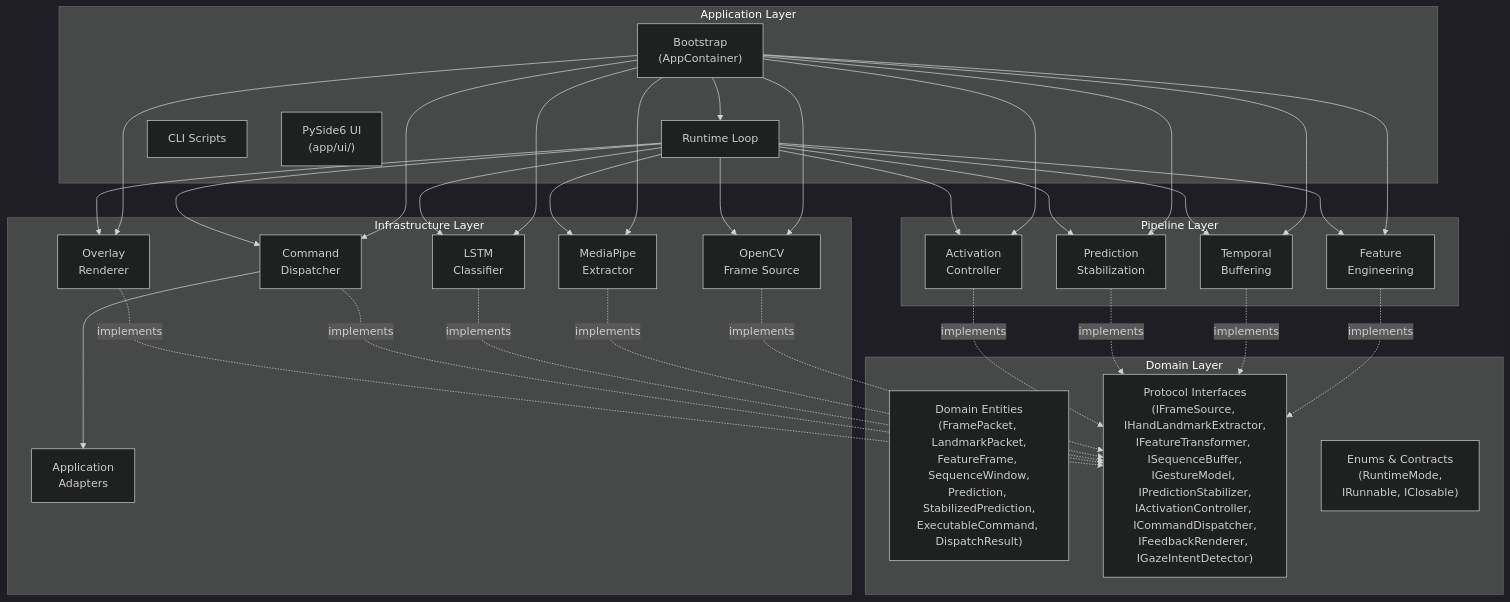
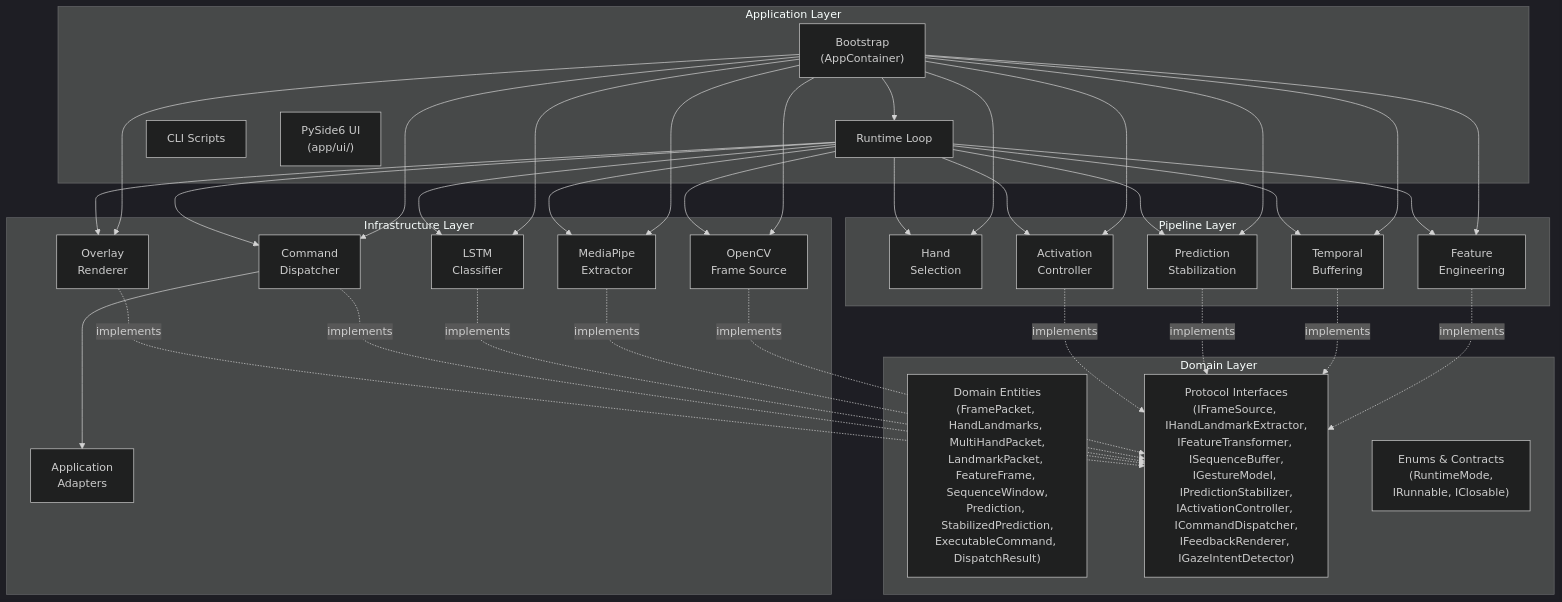
Before and after one commit to ntsrigaud/Maestro: the first of 2 diagrams in docs/architecture/logical-view.md, drawn with Mermaid (dark theme). The commit also changed other lines of this file and 5 other files, not shown here.

First line of the commit message:
docs: align architecture documentation with current implementation

````diff
--- a/docs/architecture/logical-view.md
+++ b/docs/architecture/logical-view.md
@@ -9,64 +9,67 @@
 ```mermaid
 graph TB
     subgraph Application ["Application Layer"]
         Bootstrap["Bootstrap<br/>(AppContainer)"]
         RuntimeLoop["Runtime Loop"]
         CLI["CLI Scripts"]
         UI["PySide6 UI<br/>(app/ui/)"]
     end
 
     subgraph Pipeline ["Pipeline Layer"]
+        HandSel["Hand<br/>Selection"]
         FeatureEng["Feature<br/>Engineering"]
         Buffering["Temporal<br/>Buffering"]
         Stabilization["Prediction<br/>Stabilization"]
         Activation["Activation<br/>Controller"]
     end
 
     subgraph Infrastructure ["Infrastructure Layer"]
         Camera["OpenCV<br/>Frame Source"]
         MediaPipe["MediaPipe<br/>Extractor"]
         LSTMModel["LSTM<br/>Classifier"]
         Dispatcher["Command<br/>Dispatcher"]
         Adapters["Application<br/>Adapters"]
         Overlay["Overlay<br/>Renderer"]
     end
 
     subgraph Domain ["Domain Layer"]
-        Entities["Domain Entities<br/>(FramePacket, LandmarkPacket,<br/>FeatureFrame, SequenceWindow,<br/>Prediction, StabilizedPrediction,<br/>ExecutableCommand, DispatchResult)"]
+        Entities["Domain Entities<br/>(FramePacket, HandLandmarks, MultiHandPacket,<br/>LandmarkPacket, FeatureFrame, SequenceWindow,<br/>Prediction, StabilizedPrediction,<br/>ExecutableCommand, DispatchResult)"]
         Interfaces["Protocol Interfaces<br/>(IFrameSource, IHandLandmarkExtractor,<br/>IFeatureTransformer, ISequenceBuffer,<br/>IGestureModel, IPredictionStabilizer,<br/>IActivationController, ICommandDispatcher,<br/>IFeedbackRenderer, IGazeIntentDetector)"]
         Enums["Enums & Contracts<br/>(RuntimeMode,<br/>IRunnable, IClosable)"]
     end
 
     Bootstrap --> Camera
     Bootstrap --> MediaPipe
     Bootstrap --> LSTMModel
+    Bootstrap --> HandSel
     Bootstrap --> FeatureEng
     Bootstrap --> Buffering
     Bootstrap --> Stabilization
     Bootstrap --> Activation
     Bootstrap --> Dispatcher
     Bootstrap --> Overlay
     Bootstrap --> RuntimeLoop
 
     RuntimeLoop --> Camera
     RuntimeLoop --> MediaPipe
+    RuntimeLoop --> HandSel
     RuntimeLoop --> FeatureEng
     RuntimeLoop --> Buffering
     RuntimeLoop --> LSTMModel
     RuntimeLoop --> Stabilization
     RuntimeLoop --> Activation
     RuntimeLoop --> Dispatcher
     RuntimeLoop --> Overlay
 
     Camera -.->|implements| Interfaces
     MediaPipe -.->|implements| Interfaces
     LSTMModel -.->|implements| Interfaces
     FeatureEng -.->|implements| Interfaces
     Buffering -.->|implements| Interfaces
     Stabilization -.->|implements| Interfaces
     Activation -.->|implements| Interfaces
     Dispatcher -.->|implements| Interfaces
     Overlay -.->|implements| Interfaces
 
     Dispatcher --> Adapters
 ```
````
